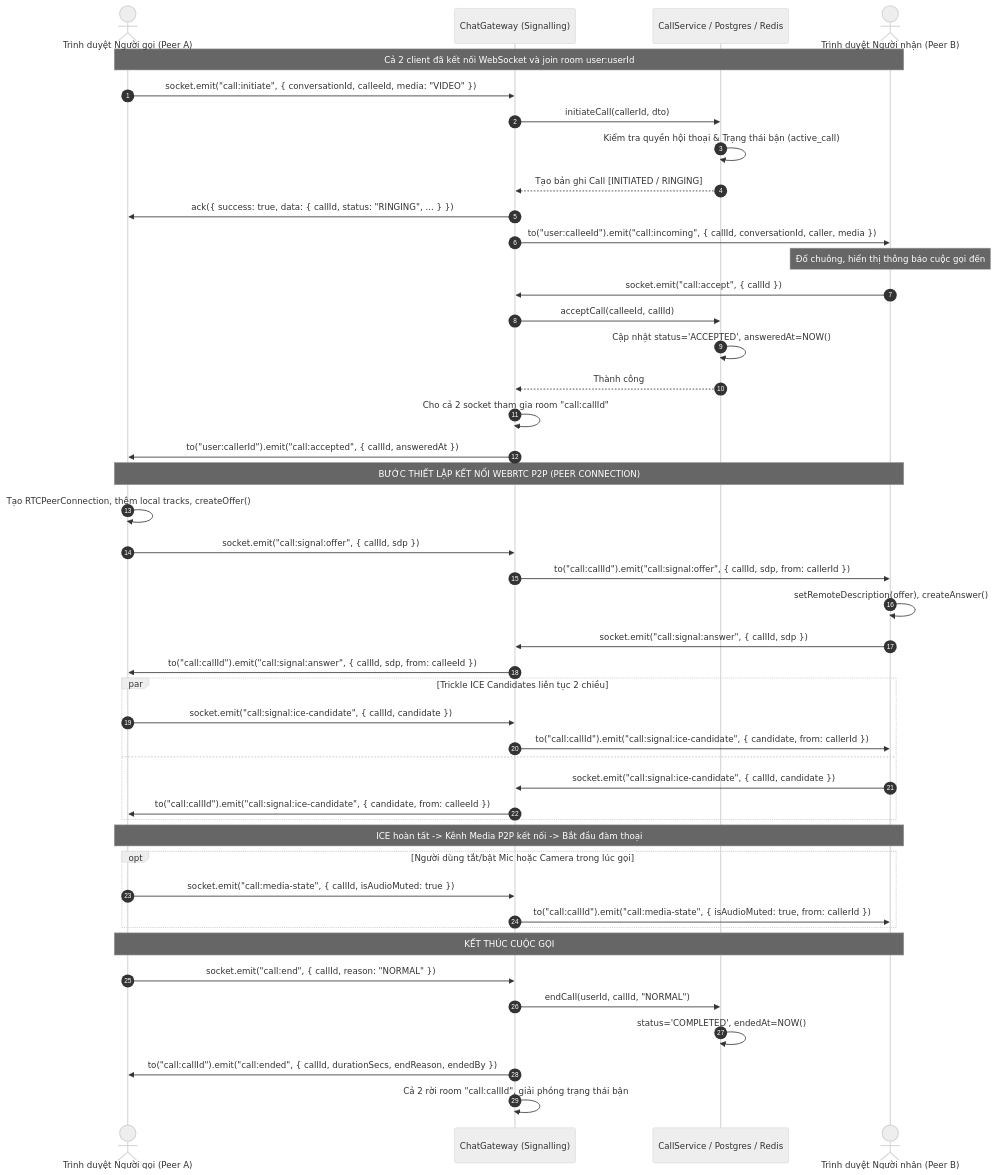
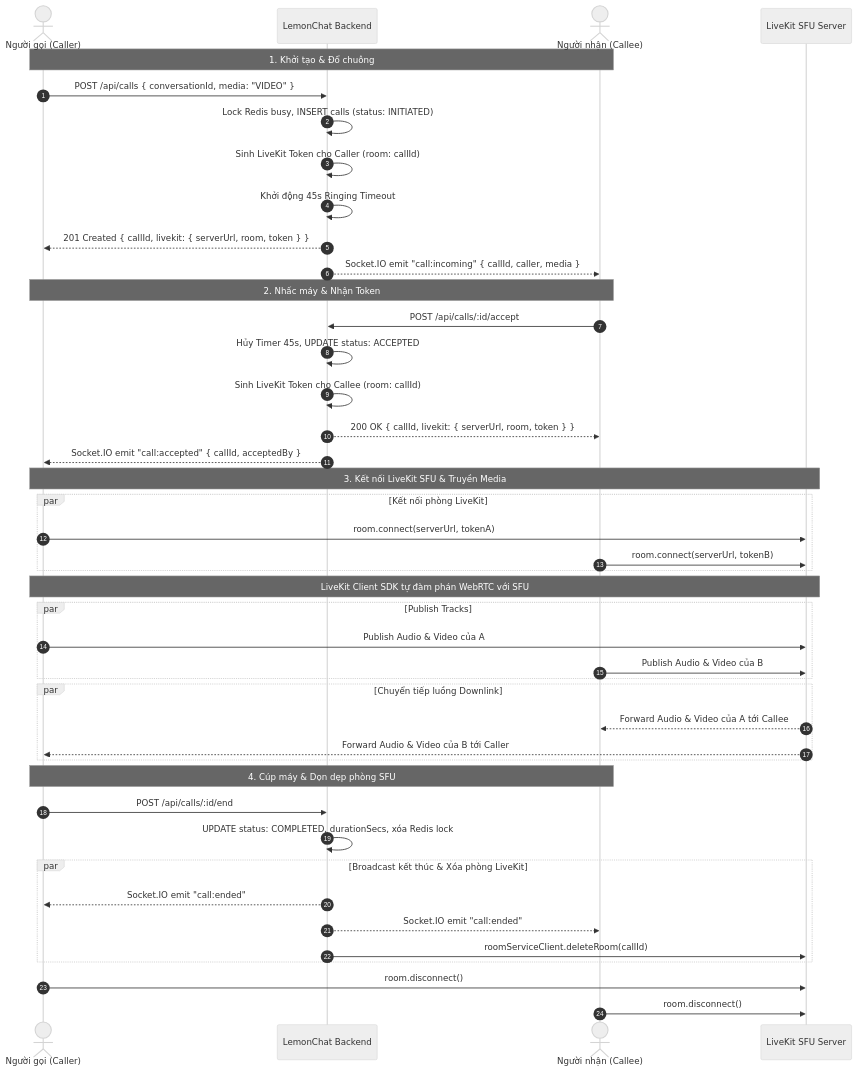
Before and after one commit to chanh-group/docs: the second of 6 diagrams in WebRTC_Call_Dev_GUIDE.md, drawn with Mermaid (neutral theme). The commit also changed other lines of this file, not shown here.

Commit message:
docs(call): transition architecture specification from P2P to LiveKit SFU

````diff
--- a/WebRTC_Call_Dev_GUIDE.md
+++ b/WebRTC_Call_Dev_GUIDE.md
@@ -224,56 +202,49 @@
 ```mermaid
 sequenceDiagram
     autonumber
-    actor Caller as Trình duyệt Người gọi (Peer A)
-    participant GW as ChatGateway (Signalling)
-    participant CS as CallService / Postgres / Redis
-    actor Callee as Trình duyệt Người nhận (Peer B)
+    actor A as Người gọi (Caller)
+    participant BE as LemonChat Backend
+    actor B as Người nhận (Callee)
+    participant LK as LiveKit SFU Server
 
-    Note over Caller, Callee: Cả 2 client đã kết nối WebSocket và join room user:userId
-    
-    Caller->>GW: socket.emit("call:initiate", { conversationId, calleeId, media: "VIDEO" })
-    GW->>CS: initiateCall(callerId, dto)
-    CS->>CS: Kiểm tra quyền hội thoại & Trạng thái bận (active_call)
-    CS-->>GW: Tạo bản ghi Call [INITIATED / RINGING]
-    GW->>Caller: ack({ success: true, data: { callId, status: "RINGING", ... } })
-    GW->>Callee: to("user:calleeId").emit("call:incoming", { callId, conversationId, caller, media })
-    Note over Callee: Đổ chuông, hiển thị thông báo cuộc gọi đến
+    Note over A,B: 1. Khởi tạo & Đổ chuông
+    A->>BE: POST /api/calls { conversationId, media: "VIDEO" }
+    BE->>BE: Lock Redis busy, INSERT calls (status: INITIATED)
+    BE->>BE: Sinh LiveKit Token cho Caller (room: callId)
+    BE->>BE: Khởi động 45s Ringing Timeout
+    BE-->>A: 201 Created { callId, livekit: { serverUrl, room, token } }
+    BE-->>B: Socket.IO emit "call:incoming" { callId, caller, media }
 
-    Callee->>GW: socket.emit("call:accept", { callId })
-    GW->>CS: acceptCall(calleeId, callId)
-    CS->>CS: Cập nhật status='ACCEPTED', answeredAt=NOW()
-    CS-->>GW: Thành công
-    GW->>GW: Cho cả 2 socket tham gia room "call:callId"
-    GW->>Caller: to("user:callerId").emit("call:accepted", { callId, answeredAt })
+    Note over A,B: 2. Nhấc máy & Nhận Token
+    B->>BE: POST /api/calls/:id/accept
+    BE->>BE: Hủy Timer 45s, UPDATE status: ACCEPTED
+    BE->>BE: Sinh LiveKit Token cho Callee (room: callId)
+    BE-->>B: 200 OK { callId, livekit: { serverUrl, room, token } }
+    BE-->>A: Socket.IO emit "call:accepted" { callId, acceptedBy }
 
-    Note over Caller, Callee: BƯỚC THIẾT LẬP KẾT NỐI WEBRTC P2P (PEER CONNECTION)
-    Caller->>Caller: Tạo RTCPeerConnection, thêm local tracks, createOffer()
-    Caller->>GW: socket.emit("call:signal:offer", { callId, sdp })
-    GW->>Callee: to("call:callId").emit("call:signal:offer", { callId, sdp, from: callerId })
-
-    Callee->>Callee: setRemoteDescription(offer), createAnswer()
-    Callee->>GW: socket.emit("call:signal:answer", { callId, sdp })
-    GW->>Caller: to("call:callId").emit("call:signal:answer", { callId, sdp, from: calleeId })
-
-    par Trickle ICE Candidates liên tục 2 chiều
-        Caller->>GW: socket.emit("call:signal:ice-candidate", { callId, candidate })
-        GW->>Callee: to("call:callId").emit("call:signal:ice-candidate", { candidate, from: callerId })
-    and
-        Callee->>GW: socket.emit("call:signal:ice-candidate", { callId, candidate })
-        GW->>Caller: to("call:callId").emit("call:signal:ice-candidate", { candidate, from: calleeId })
+    Note over A,LK: 3. Kết nối LiveKit SFU & Truyền Media
+    par Kết nối phòng LiveKit
+        A->>LK: room.connect(serverUrl, tokenA)
+        B->>LK: room.connect(serverUrl, tokenB)
+    end
+    Note over A,LK: LiveKit Client SDK tự đàm phán WebRTC với SFU
+    par Publish Tracks
+        A->>LK: Publish Audio & Video của A
+        B->>LK: Publish Audio & Video của B
+    end
+    par Chuyển tiếp luồng Downlink
+        LK-->>B: Forward Audio & Video của A tới Callee
+        LK-->>A: Forward Audio & Video của B tới Caller
     end
 
-    Note over Caller, Callee: ICE hoàn tất -> Kênh Media P2P kết nối -> Bắt đầu đàm thoại
-
-    opt Người dùng tắt/bật Mic hoặc Camera trong lúc gọi
-        Caller->>GW: socket.emit("call:media-state", { callId, isAudioMuted: true })
-        GW->>Callee: to("call:callId").emit("call:media-state", { isAudioMuted: true, from: callerId })
+    Note over A,B: 4. Cúp máy & Dọn dẹp phòng SFU
+    A->>BE: POST /api/calls/:id/end
+    BE->>BE: UPDATE status: COMPLETED, durationSecs, xóa Redis lock
+    par Broadcast kết thúc & Xóa phòng LiveKit
+        BE-->>A: Socket.IO emit "call:ended"
+        BE-->>B: Socket.IO emit "call:ended"
+        BE->>LK: roomServiceClient.deleteRoom(callId)
     end
-
-    Note over Caller, Callee: KẾT THÚC CUỘC GỌI
-    Caller->>GW: socket.emit("call:end", { callId, reason: "NORMAL" })
-    GW->>CS: endCall(userId, callId, "NORMAL")
-    CS->>CS: status='COMPLETED', endedAt=NOW()
-    GW->>Caller: to("call:callId").emit("call:ended", { callId, durationSecs, endReason, endedBy })
-    GW->>GW: Cả 2 rời room "call:callId", giải phóng trạng thái bận
+    A->>LK: room.disconnect()
+    B->>LK: room.disconnect()
 ```
````
